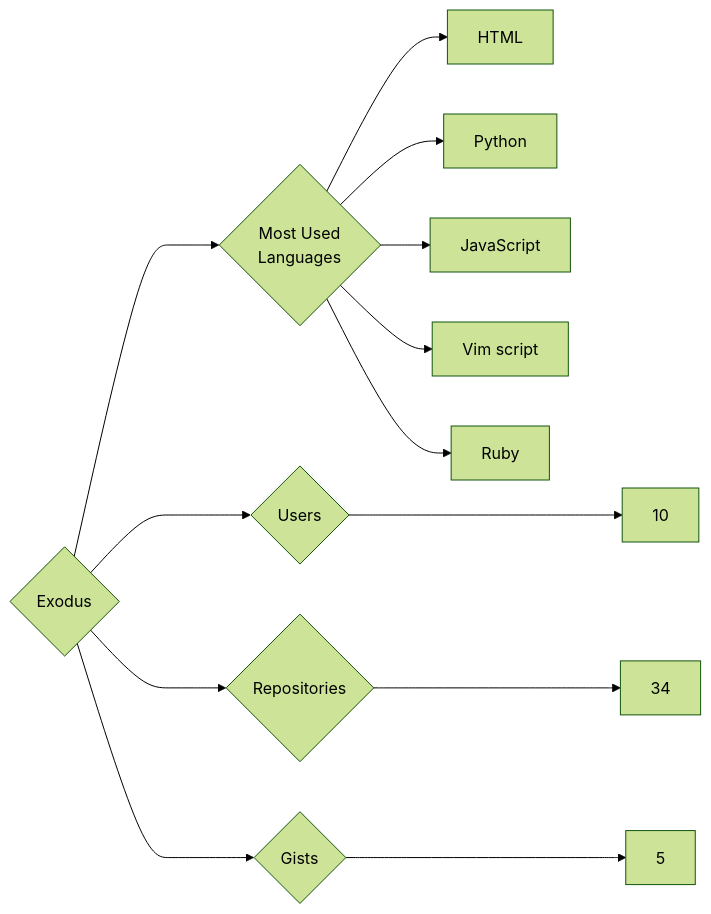
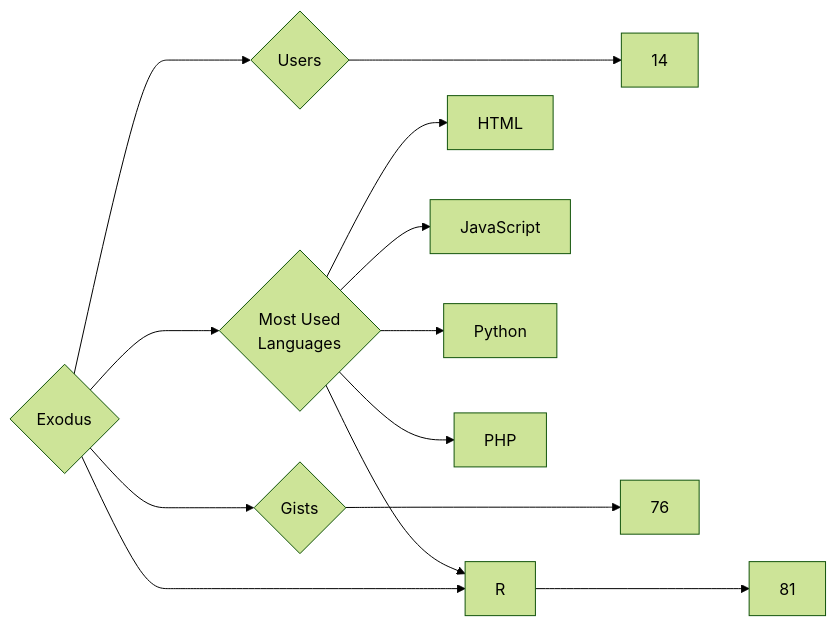
The diagram in targets/Exodus/README.md (trickest/insiders), drawn with Mermaid (forest theme) before and after one commit. The commit also changed 847 other files, not shown here.

````diff
--- a/targets/Exodus/README.md
+++ b/targets/Exodus/README.md
@@ -3,13 +3,13 @@
 ```mermaid
 graph LR
 COMPANY_NAME{Exodus}
-COMPANY_NAME ---> U{Users} ---> UN[10]
-COMPANY_NAME ---> R{Repositories} ---> RN[34]
-COMPANY_NAME ---> G{Gists} ---> GN[5]
+COMPANY_NAME ---> U{Users} ---> UN[14]
+COMPANY_NAME ---> R{Repositories} ---> RN[81]
+COMPANY_NAME ---> G{Gists} ---> GN[76]
 COMPANY_NAME ---> ML{Most Used<br>Languages}
 ML --> HTML[HTML]
+ML --> JavaScript[JavaScript]
+ML --> R[R]
 ML --> Python[Python]
-ML --> JavaScript[JavaScript]
-ML --> Vim_script[Vim script]
-ML --> Ruby[Ruby]
+ML --> PHP[PHP]
 ```
````
